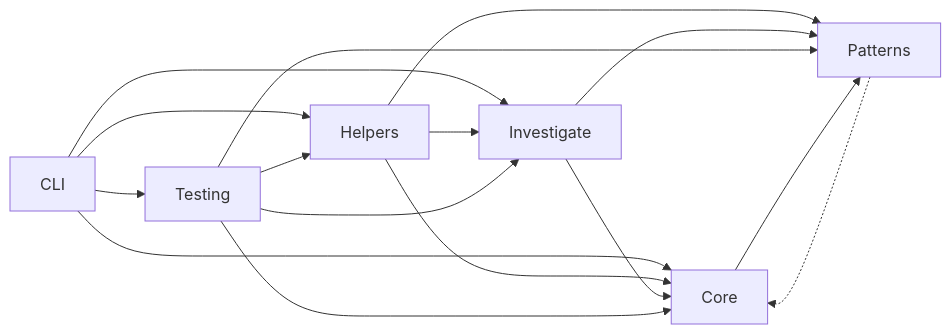
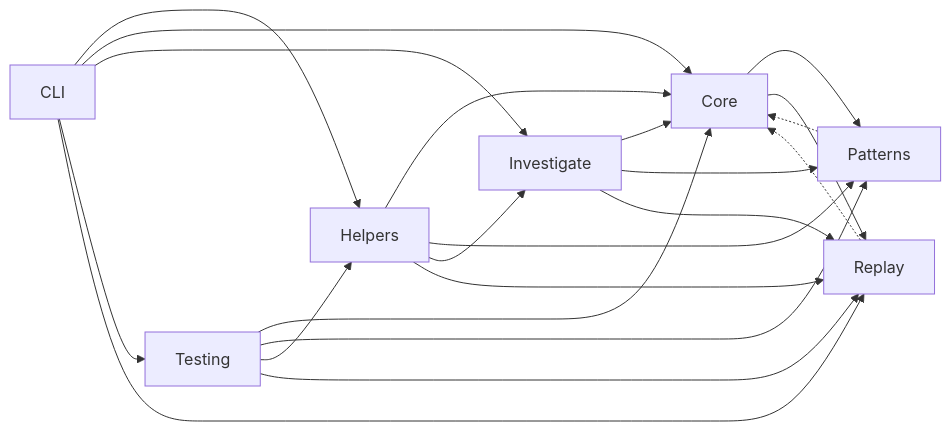
Before and after one commit to jimmc414/claude_control: the seventh of 7 diagrams in call_graph.md, drawn with Mermaid. The commit also changed other lines of this file, not shown here.

Commit message:
Document replay call flows in call graph

````diff
--- a/call_graph.md
+++ b/call_graph.md
@@ -271,23 +420,28 @@
 ```mermaid
 graph LR
     CLI --> Helpers
     CLI --> Core
     CLI --> Investigate
     CLI --> Testing
-    
+    CLI --> Replay
+
     Helpers --> Core
     Helpers --> Patterns
     Helpers --> Investigate
-    
+    Helpers --> Replay
+
     Investigate --> Core
     Investigate --> Patterns
-    
+    Investigate --> Replay
+
     Testing --> Core
     Testing --> Patterns
     Testing --> Helpers
-    Testing --> Investigate
-    
+    Testing --> Replay
+
     Core --> Patterns
-    
+    Core --> Replay
+
+    Replay -.-> Core
     Patterns -.-> Core
 ```
````
